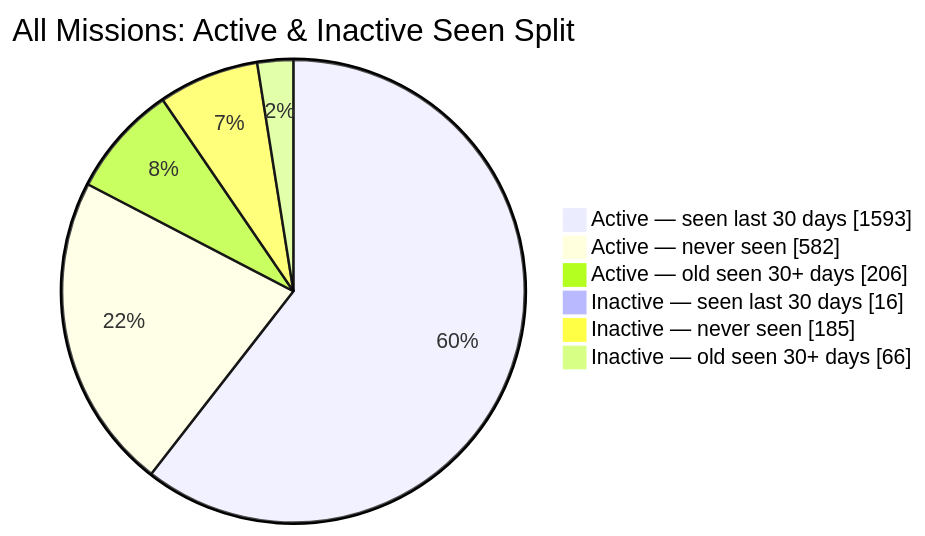
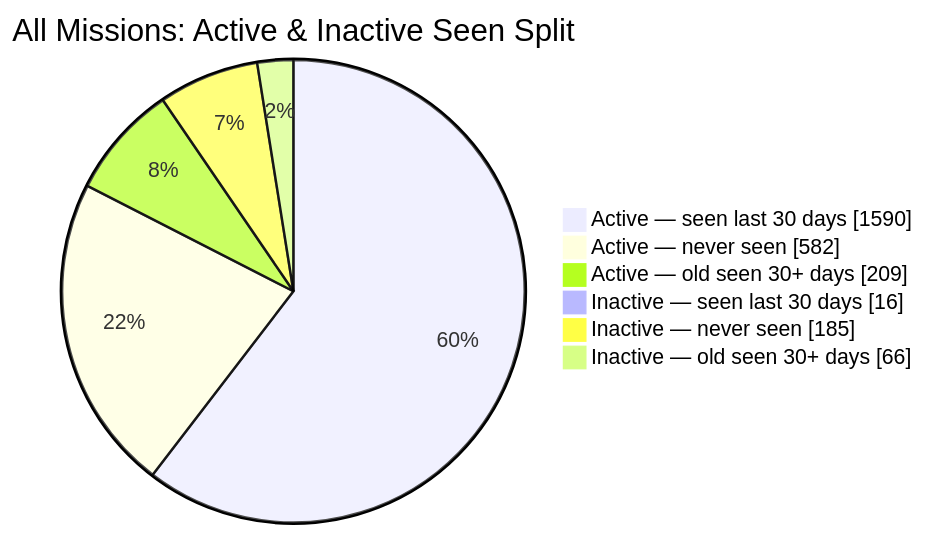
Before and after one commit to MeldkamerspelGameTeam/active-missions: the second of 2 diagrams in README.md, drawn with Mermaid. The commit also changed other lines of this file and 3 other files, not shown here.

````diff
--- a/README.md
+++ b/README.md
@@ -44,10 +44,10 @@
 ```mermaid
 pie showData
     title All Missions: Active & Inactive Seen Split
-    "Active — seen last 30 days" : 1593
+    "Active — seen last 30 days" : 1590
     "Active — never seen" : 582
-    "Active — old seen 30+ days" : 206
+    "Active — old seen 30+ days" : 209
     "Inactive — seen last 30 days" : 16
     "Inactive — never seen" : 185
     "Inactive — old seen 30+ days" : 66
 ```
````
